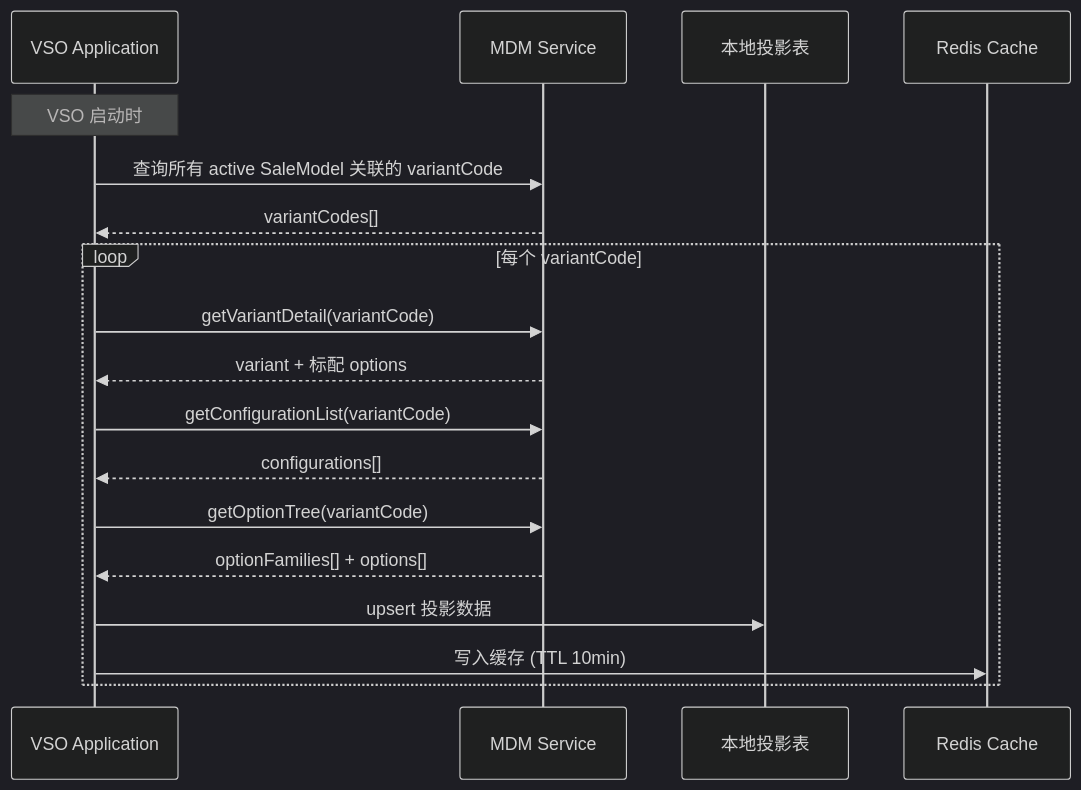
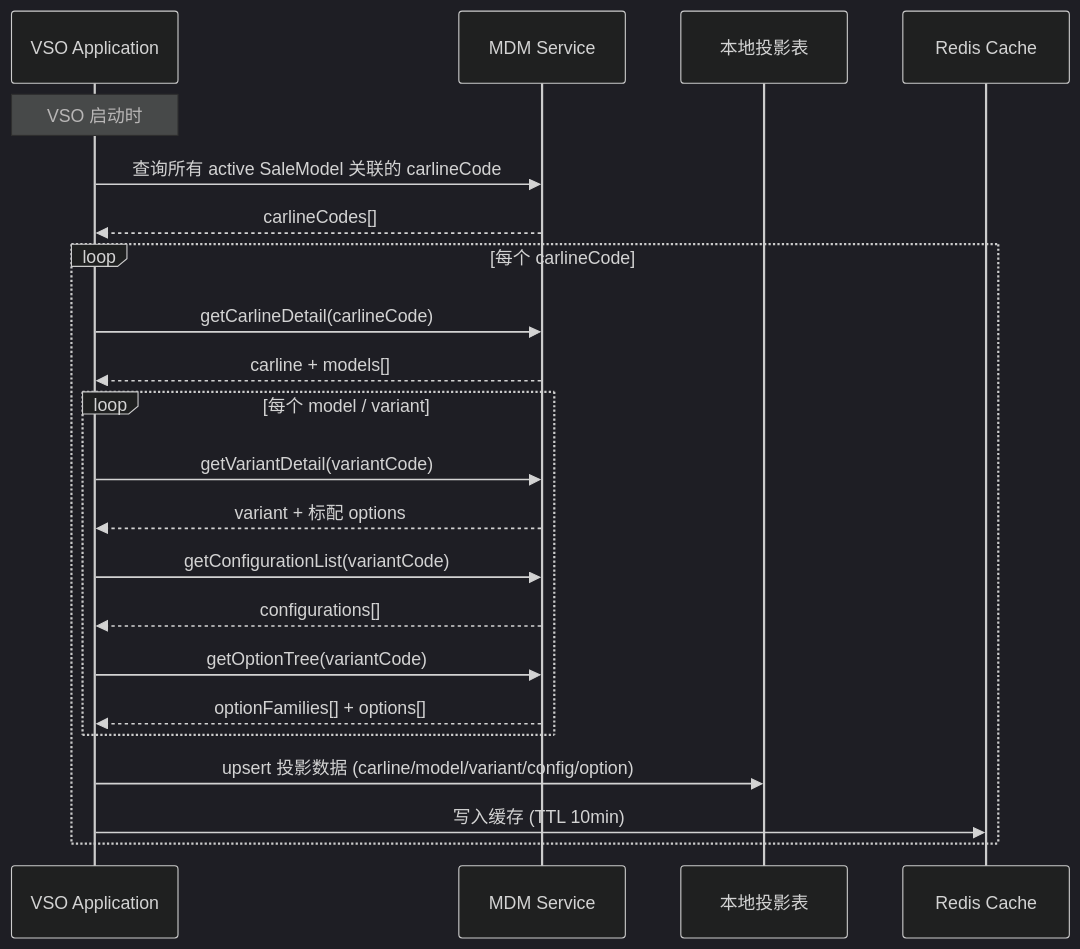
Diagram 25 of 27 in specs/vehicle-sale-order/design.md (hwyzleo/iov-cloud-otd-vso), drawn with Mermaid (dark theme) before and after one commit. The commit also changed other lines of this file and 58 other files, not shown here.

````diff
--- a/specs/vehicle-sale-order/design.md
+++ b/specs/vehicle-sale-order/design.md
@@ -1547,22 +1588,26 @@
 ```mermaid
 sequenceDiagram
     participant VSO as VSO Application
     participant MDM as MDM Service
     participant DB as 本地投影表
     participant Redis as Redis Cache
 
     Note over VSO: VSO 启动时
-    VSO->>MDM: 查询所有 active SaleModel 关联的 variantCode
-    MDM-->>VSO: variantCodes[]
+    VSO->>MDM: 查询所有 active SaleModel 关联的 carlineCode
+    MDM-->>VSO: carlineCodes[]
 
-    loop 每个 variantCode
-        VSO->>MDM: getVariantDetail(variantCode)
-        MDM-->>VSO: variant + 标配 options
-        VSO->>MDM: getConfigurationList(variantCode)
-        MDM-->>VSO: configurations[]
-        VSO->>MDM: getOptionTree(variantCode)
-        MDM-->>VSO: optionFamilies[] + options[]
-        VSO->>DB: upsert 投影数据
+    loop 每个 carlineCode
+        VSO->>MDM: getCarlineDetail(carlineCode)
+        MDM-->>VSO: carline + models[]
+        loop 每个 model / variant
+            VSO->>MDM: getVariantDetail(variantCode)
+            MDM-->>VSO: variant + 标配 options
+            VSO->>MDM: getConfigurationList(variantCode)
+            MDM-->>VSO: configurations[]
+            VSO->>MDM: getOptionTree(variantCode)
+            MDM-->>VSO: optionFamilies[] + options[]
+        end
+        VSO->>DB: upsert 投影数据 (carline/model/variant/config/option)
         VSO->>Redis: 写入缓存 (TTL 10min)
     end
 ```
````
